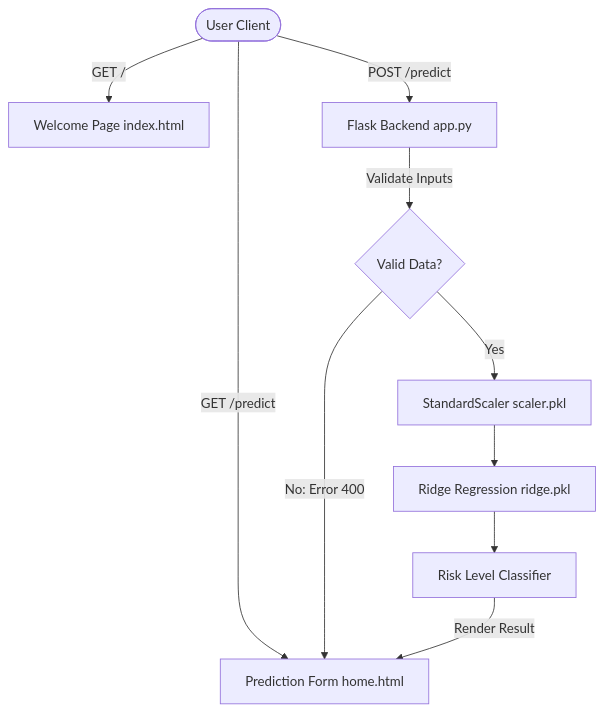
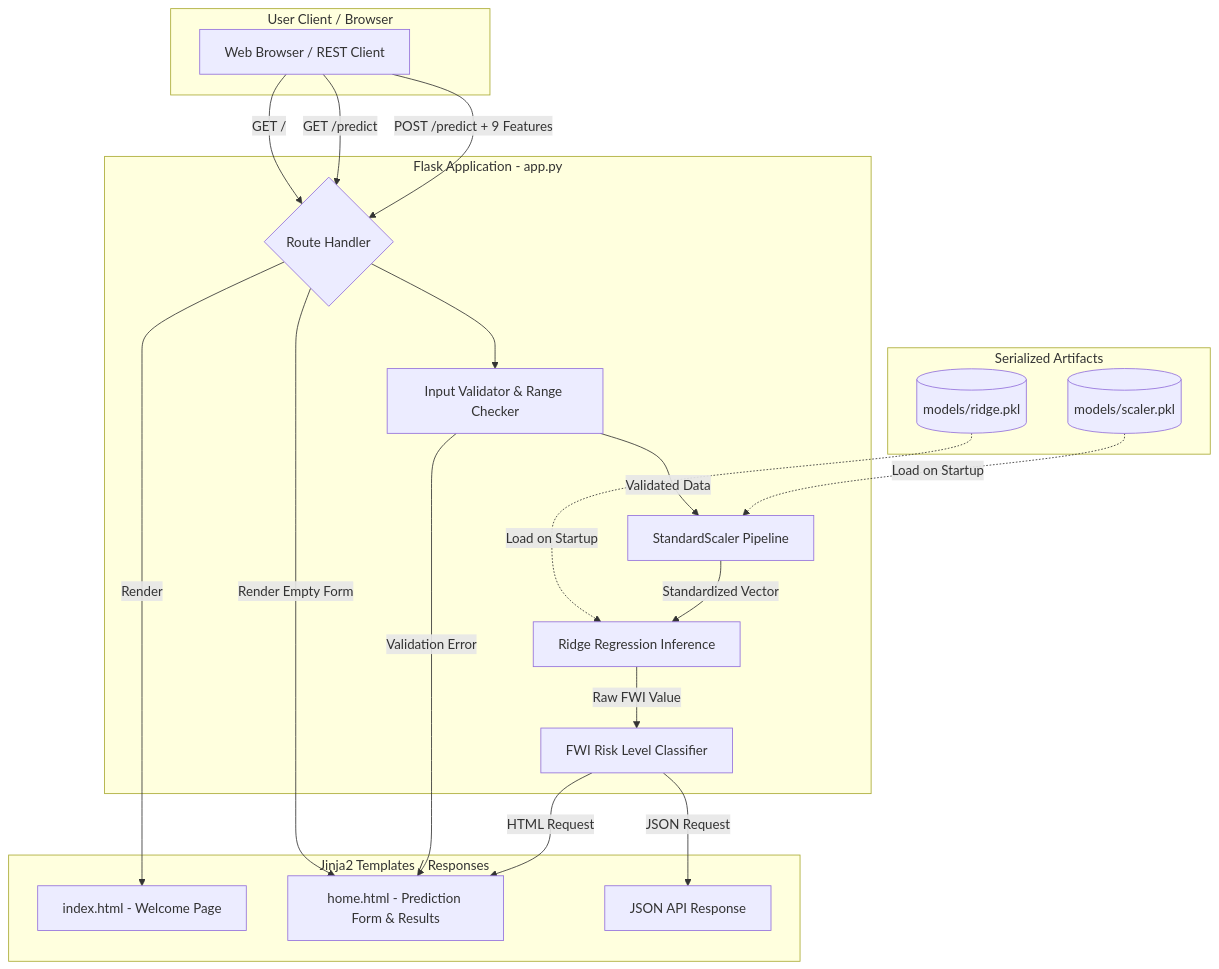
Before and after one commit to Katakam-Krupavathi/Forest_Fire: the first of 2 diagrams in readme.md, drawn with Mermaid. The commit also changed other lines of this file and 1 other file, not shown here.

Commit message:
Embed full architecture diagrams and ML workflow directly into README.md

````diff
--- a/readme.md
+++ b/readme.md
@@ -54,12 +54,44 @@
 ```mermaid
 flowchart TD
-    User([User Client]) -->|GET /| Welcome[Welcome Page index.html]
-    User -->|GET /predict| Form[Prediction Form home.html]
-    User -->|POST /predict| Flask[Flask Backend app.py]
-    Flask -->|Validate Inputs| Validated{Valid Data?}
-    Validated -->|No: Error 400| Form
-    Validated -->|Yes| Scaler[StandardScaler scaler.pkl]
-    Scaler --> Ridge[Ridge Regression ridge.pkl]
-    Ridge --> Risk[Risk Level Classifier]
-    Risk -->|Render Result| Form
+    subgraph Client [User Client / Browser]
+        UI[Web Browser / REST Client]
+    end
+
+    subgraph Server [Flask Application - app.py]
+        Router{Route Handler}
+        Val[Input Validator & Range Checker]
+        Transform[StandardScaler Pipeline]
+        Predictor[Ridge Regression Inference]
+        RiskCalc[FWI Risk Level Classifier]
+    end
+
+    subgraph Storage [Serialized Artifacts]
+        ScalerFile[(models/scaler.pkl)]
+        ModelFile[(models/ridge.pkl)]
+    end
+
+    subgraph Views [Jinja2 Templates / Responses]
+        IndexView[index.html - Welcome Page]
+        FormView[home.html - Prediction Form & Results]
+        JSONResp[JSON API Response]
+    end
+
+    UI -->|GET /| Router
+    Router -->|Render| IndexView
+
+    UI -->|GET /predict| Router
+    Router -->|Render Empty Form| FormView
+
+    UI -->|POST /predict + 9 Features| Router
+    Router --> Val
+    Val -->|Validation Error| FormView
+    Val -->|Validated Data| Transform
+
+    ScalerFile -.->|Load on Startup| Transform
+    ModelFile -.->|Load on Startup| Predictor
+
+    Transform -->|Standardized Vector| Predictor
+    Predictor -->|Raw FWI Value| RiskCalc
+    RiskCalc -->|HTML Request| FormView
+    RiskCalc -->|JSON Request| JSONResp
 ```
````
